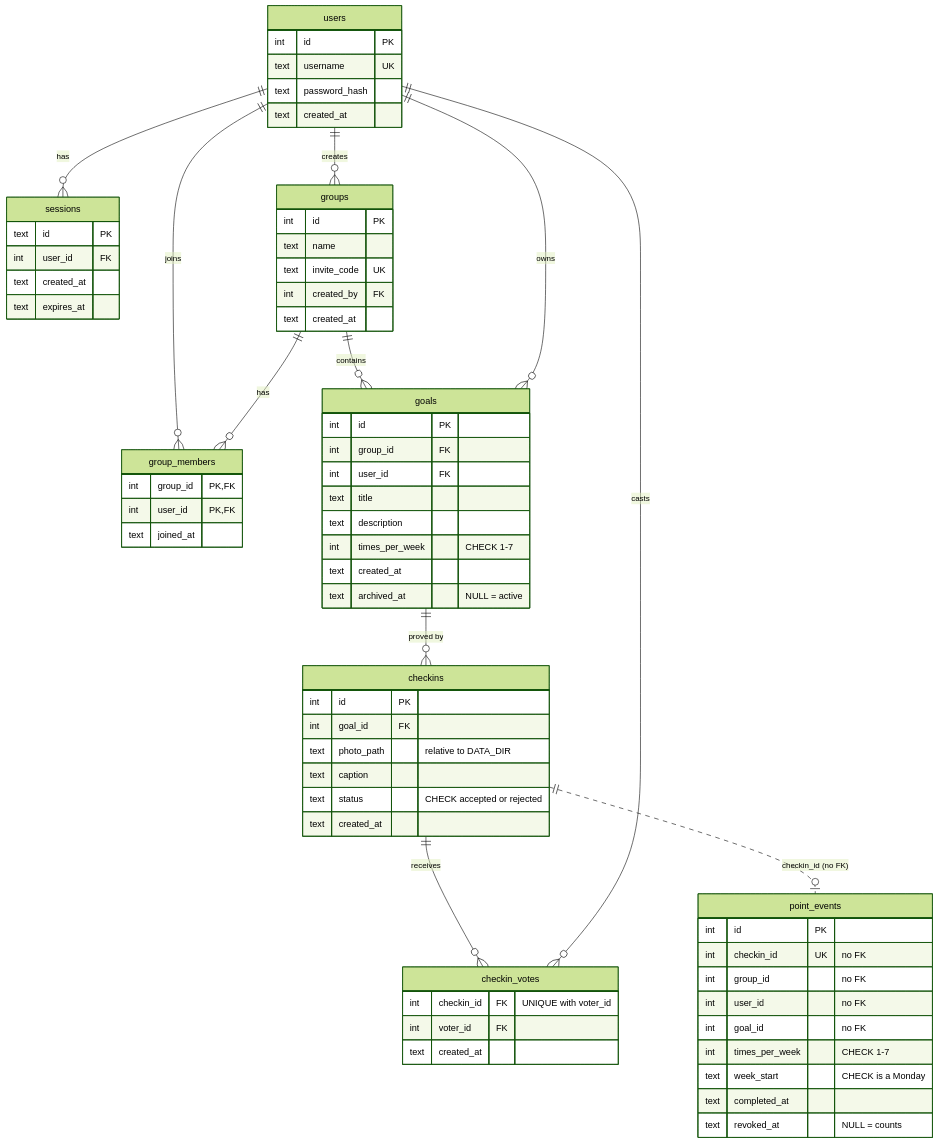
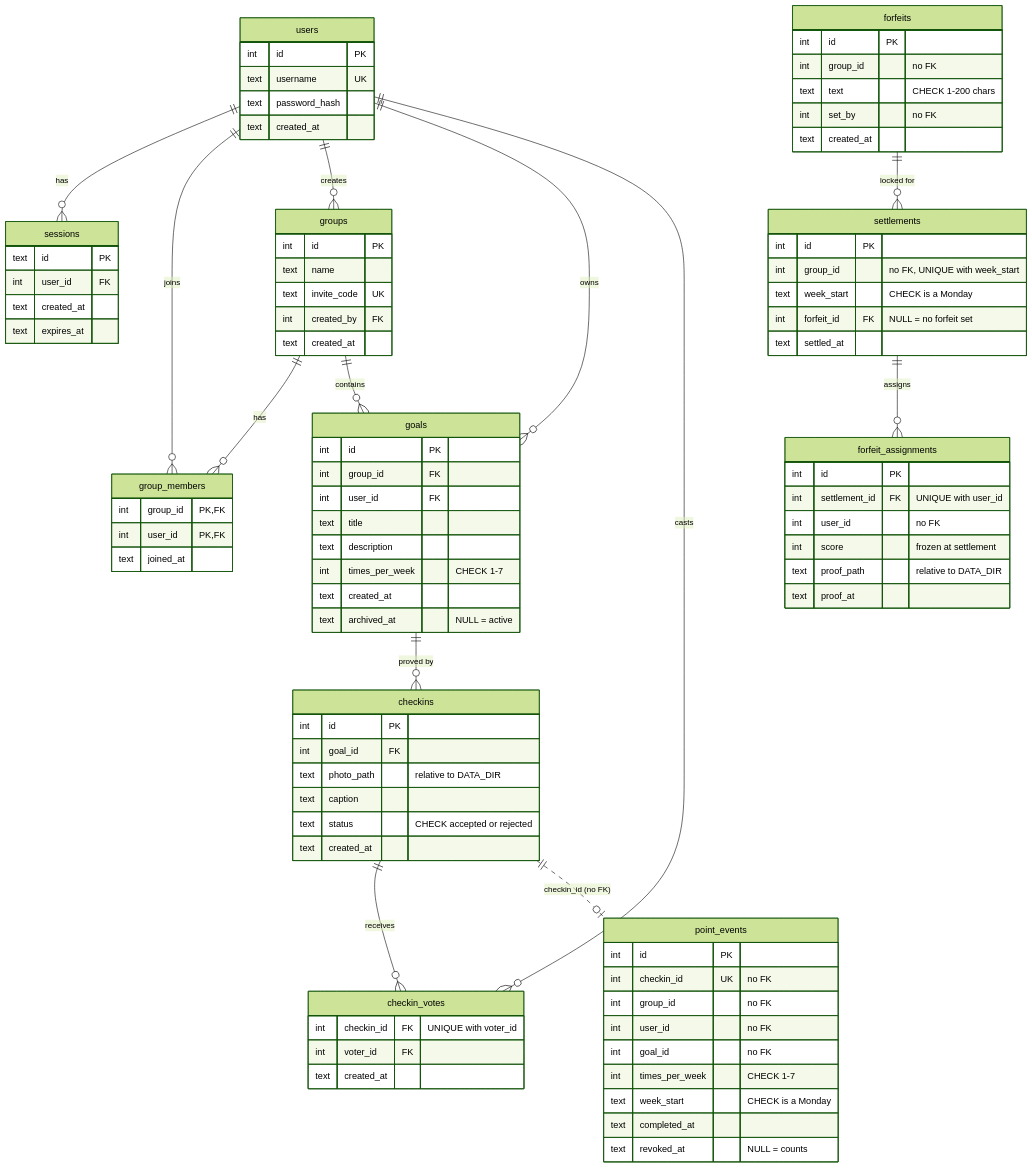
Before and after one commit to lamamoucattashieu/accountability_tracker: the diagram in ADR.md, drawn with Mermaid (forest theme). The commit also changed other lines of this file, not shown here.

Commit message:
docs(adr): bring ADR-2 and ADR-3 up to date and record ADR-5
ADR-2 now describes the seam as built: both domains ask auth only through
its service functions, and check-ins notifies Points through
record_completion/revoke_completion. ADR-3's decision and diagram add the
forfeit tables (forfeits, settlements, forfeit_assignments), the one place
derived data is stored because a settled week must not change; the
diagram was checked against the schema init_db() creates (11 tables, all
foreign keys). ADR-5 records that voting on forfeit proof is deliberately
not built. ADR-4 (testing approach) follows in Phase 7, once the coverage
measurement is decided.

````diff
--- a/ADR.md
+++ b/ADR.md
@@ -38,6 +38,8 @@
     checkins ||--o{ checkin_votes : receives
     users ||--o{ checkin_votes : casts
     checkins ||..o| point_events : "checkin_id (no FK)"
+    forfeits ||--o{ settlements : "locked for"
+    settlements ||--o{ forfeit_assignments : assigns
 
     users {
         int id PK
@@ -97,4 +99,26 @@
         text completed_at
         text revoked_at "NULL = counts"
     }
+    forfeits {
+        int id PK
+        int group_id "no FK"
+        text text "CHECK 1-200 chars"
+        int set_by "no FK"
+        text created_at
+    }
+    settlements {
+        int id PK
+        int group_id "no FK, UNIQUE with week_start"
+        text week_start "CHECK is a Monday"
+        int forfeit_id FK "NULL = no forfeit set"
+        text settled_at
+    }
+    forfeit_assignments {
+        int id PK
+        int settlement_id FK "UNIQUE with user_id"
+        int user_id "no FK"
+        int score "frozen at settlement"
+        text proof_path "relative to DATA_DIR"
+        text proof_at
+    }
 ```
````
